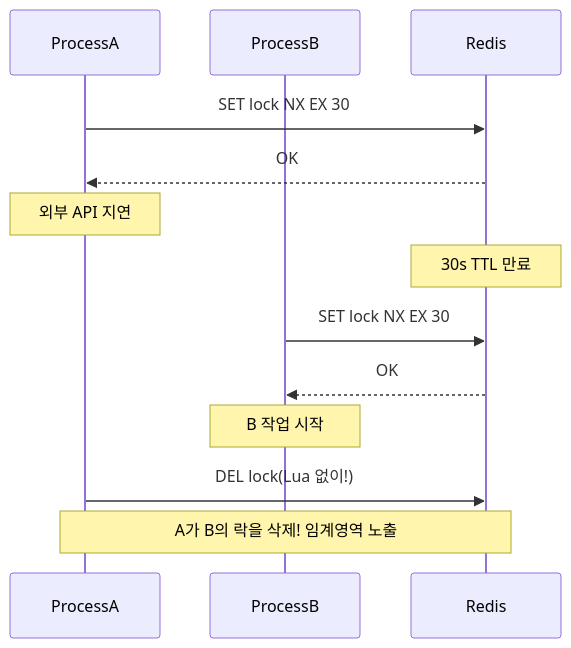
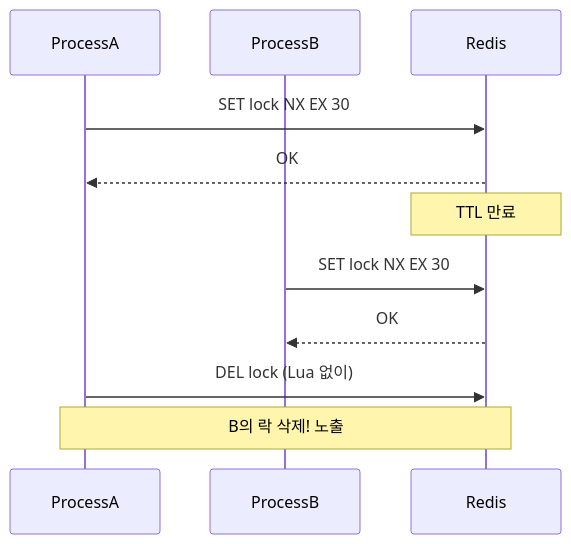
The tenth of 15 diagrams in _posts/redis/2026-05-01-redis-distributed-lock.md (yjkim2015/yjkim2015.github.io), drawn with Mermaid before and after one commit. The commit also changed other lines of this file and 155 other files, not shown here.

First line of the commit message:
Mermaid 전면 수정: subgraph 제거, participant/노드/줄수 축소 (342블록)

````diff
--- a/_posts/redis/2026-05-01-redis-distributed-lock.md
+++ b/_posts/redis/2026-05-01-redis-distributed-lock.md
@@ -640,15 +631,13 @@
 ```mermaid
 sequenceDiagram
     participant A as ProcessA
     participant B as ProcessB
     participant R as Redis
     A->>R: SET lock NX EX 30
     R-->>A: OK
-    Note over A: 외부 API 지연
-    Note over R: 30s TTL 만료
+    Note over R: TTL 만료
     B->>R: SET lock NX EX 30
     R-->>B: OK
-    Note over B: B 작업 시작
-    A->>R: DEL lock(Lua 없이!)
-    Note over A,R: A가 B의 락을 삭제! 임계영역 노출
+    A->>R: DEL lock (Lua 없이)
+    Note over A,R: B의 락 삭제! 노출
 ```
````
